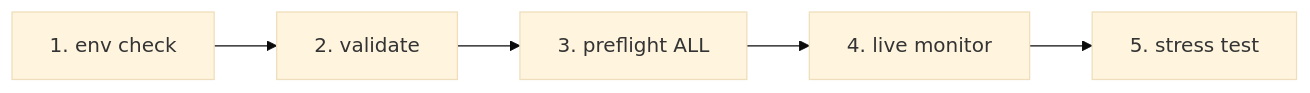
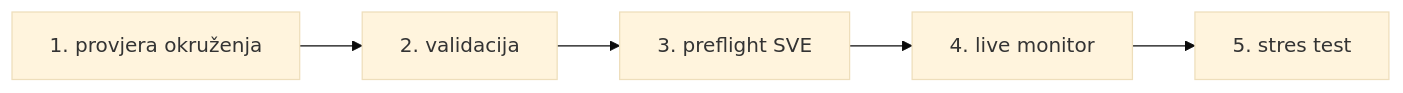
Before and after one commit to IrsanAI/TPM-Agent: the diagram in docs/i18n/README.bs.md, drawn with Mermaid (base theme). The commit also changed other lines of this file, not shown here.

Commit message:
fix(i18n): ensure consistent language and correct navigation links in all READMEs

````diff
--- a/docs/i18n/README.bs.md
+++ b/docs/i18n/README.bs.md
@@ -32,7 +32,7 @@
 ```mermaid
 flowchart LR
-  A[1. env check] --> B[2. validate]
-  B --> C[3. preflight ALL]
+  A[1. provjera okruženja] --> B[2. validacija]
+  B --> C[3. preflight SVE]
   C --> D[4. live monitor]
-  D --> E[5. stress test]
+  D --> E[5. stres test]
 ```
````
